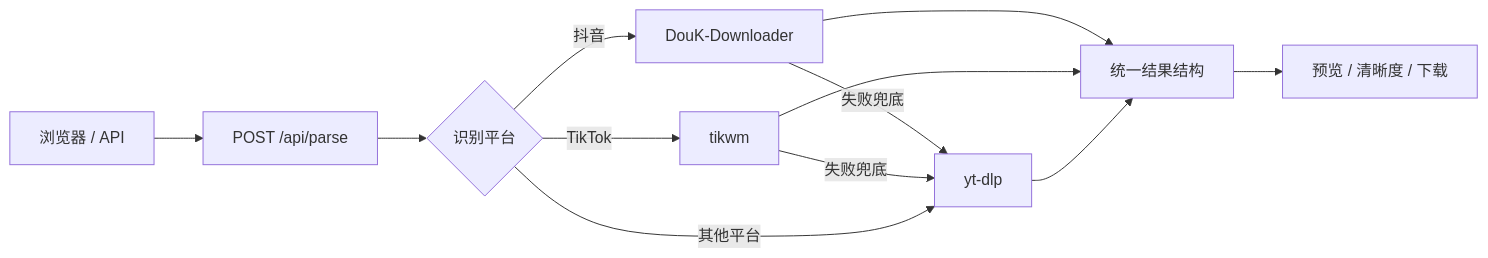
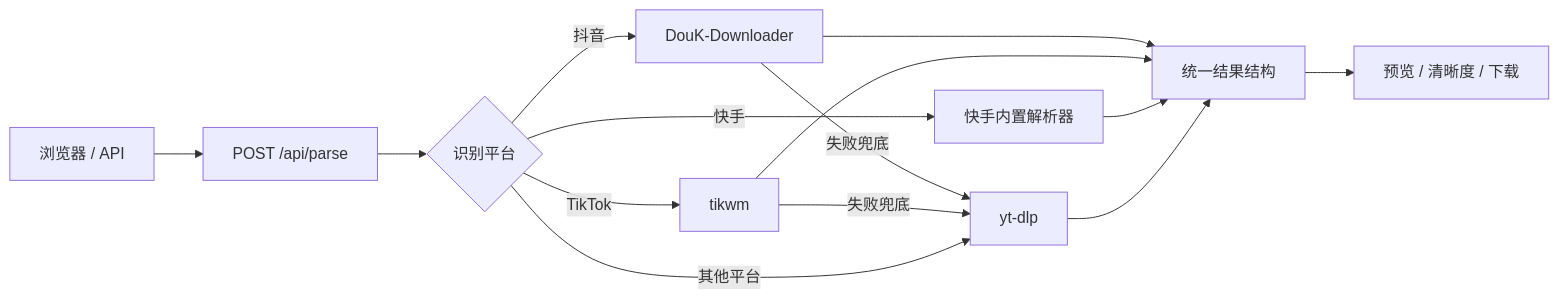
The diagram in README.md (Angasky/x-download), drawn with Mermaid before and after one commit. The commit also changed other lines of this file and 2 other files, not shown here.

Commit message:
feat: add native Kuaishou video parser

````diff
--- a/README.md
+++ b/README.md
@@ -55,14 +56,16 @@
 ```mermaid
 flowchart LR
     A["浏览器 / API"] --> B["POST /api/parse"]
     B --> C{"识别平台"}
     C -->|抖音| D["DouK-Downloader"]
     D -->|失败兜底| G["yt-dlp"]
     C -->|TikTok| E["tikwm"]
     E -->|失败兜底| G
+    C -->|快手| F["快手内置解析器"]
     C -->|其他平台| G
     D --> H["统一结果结构"]
     E --> H
+    F --> H
     G --> H
     H --> I["预览 / 清晰度 / 下载"]
 ```
````
